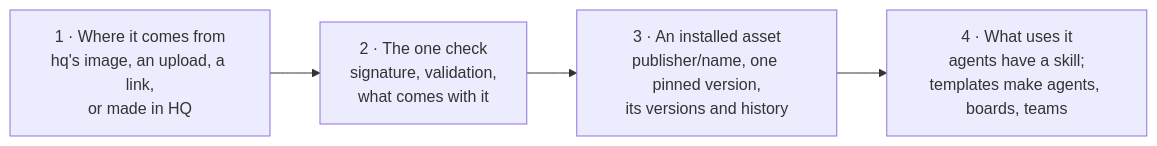
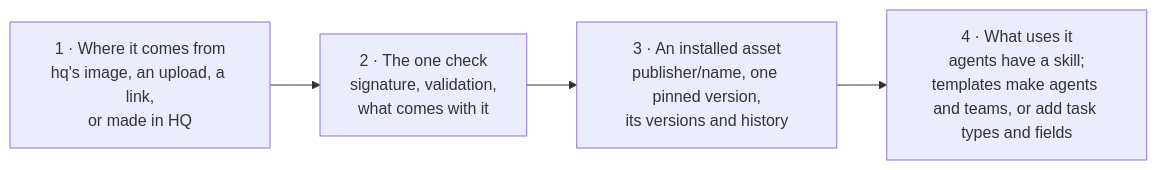
Before and after one commit to solution84-com/agenthix: the diagram in docs/concepts/library/library.md, drawn with Mermaid. The commit also changed other lines of this file and 60 other files, not shown here.

````diff
--- a/docs/concepts/library/library.md
+++ b/docs/concepts/library/library.md
@@ -5,7 +5,7 @@
 ```mermaid
 flowchart LR
     SRC["1 · Where it comes from<br/>hq's image, an upload, a link,<br/>or made in HQ"] --> CHK
     CHK["2 · The one check<br/>signature, validation,<br/>what comes with it"] --> AS
     AS["3 · An installed asset<br/>publisher/name, one pinned version,<br/>its versions and history"] --> USE
-    USE["4 · What uses it<br/>agents have a skill;<br/>templates make agents, boards, teams"]
+    USE["4 · What uses it<br/>agents have a skill;<br/>templates make agents and teams, or add task types and fields"]
 ```
````
